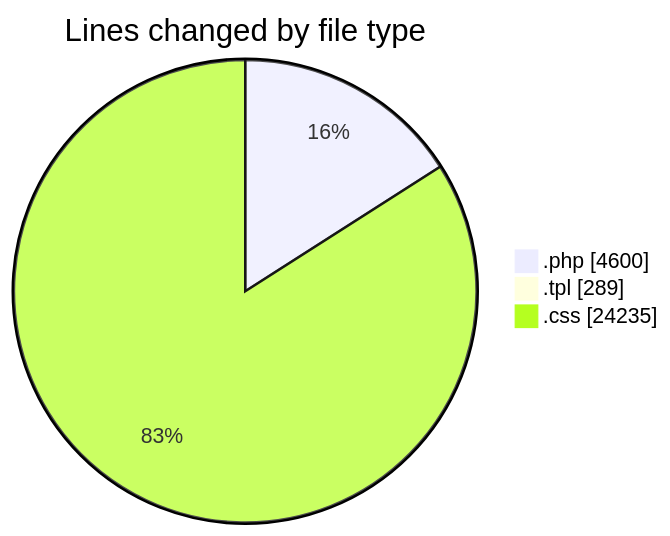
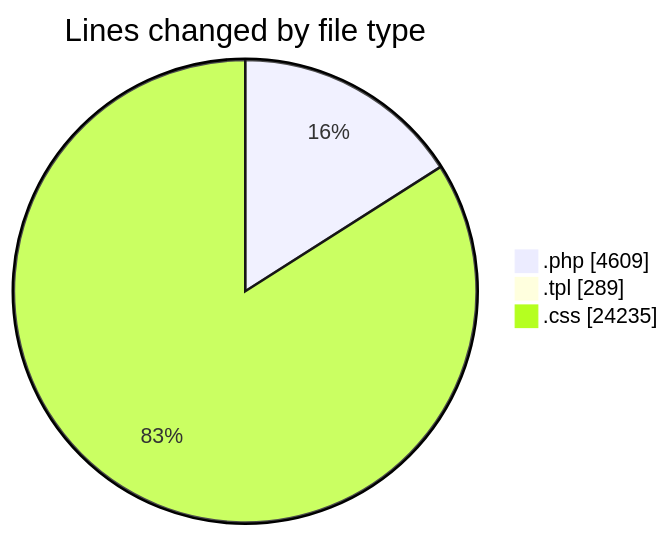
The first of 2 diagrams in 2025-04-18/zeytoon/README.md (vahidmafi/code-tracking), drawn with Mermaid before and after one commit. The commit also changed other lines of this file and 1 other file, not shown here.

````diff
--- a/2025-04-18/zeytoon/README.md
+++ b/2025-04-18/zeytoon/README.md
@@ -29,7 +29,7 @@
 ```mermaid
 pie showData
 title Lines changed by file type
-".php" : 4600
+".php" : 4609
 ".tpl" : 289
 ".css" : 24235
 ```
````
